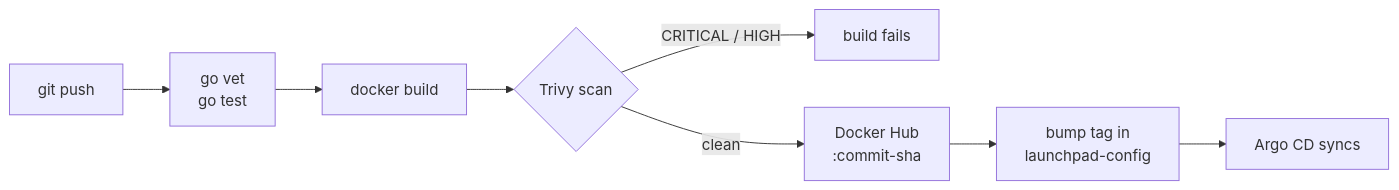
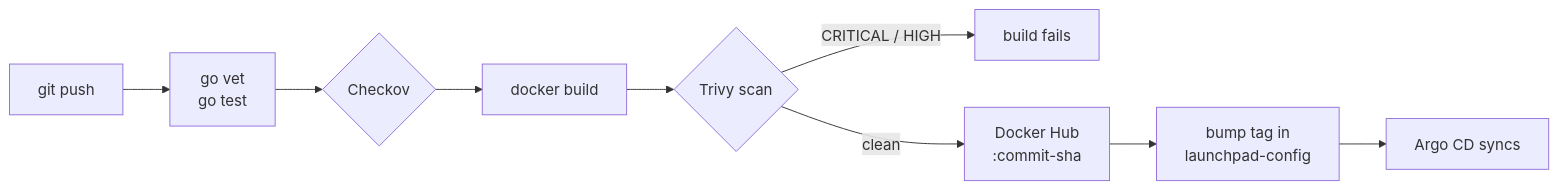
Before and after one commit to SihanUdayaratna03/launchpad: the third of 3 diagrams in README.md, drawn with Mermaid. The commit also changed other lines of this file and 4 other files, not shown here.

````diff
--- a/README.md
+++ b/README.md
@@ -107,10 +131,11 @@
 ```mermaid
 flowchart LR
     P["git push"] --> T["go vet<br/>go test"]
-    T --> B["docker build"]
+    T --> K{"Checkov"}
+    K --> B["docker build"]
     B --> S{"Trivy scan"}
     S -- "CRITICAL / HIGH" --> X["build fails"]
     S -- "clean" --> H["Docker Hub<br/>:commit-sha"]
     H --> M["bump tag in<br/>launchpad-config"]
     M --> A["Argo CD syncs"]
 ```
````
